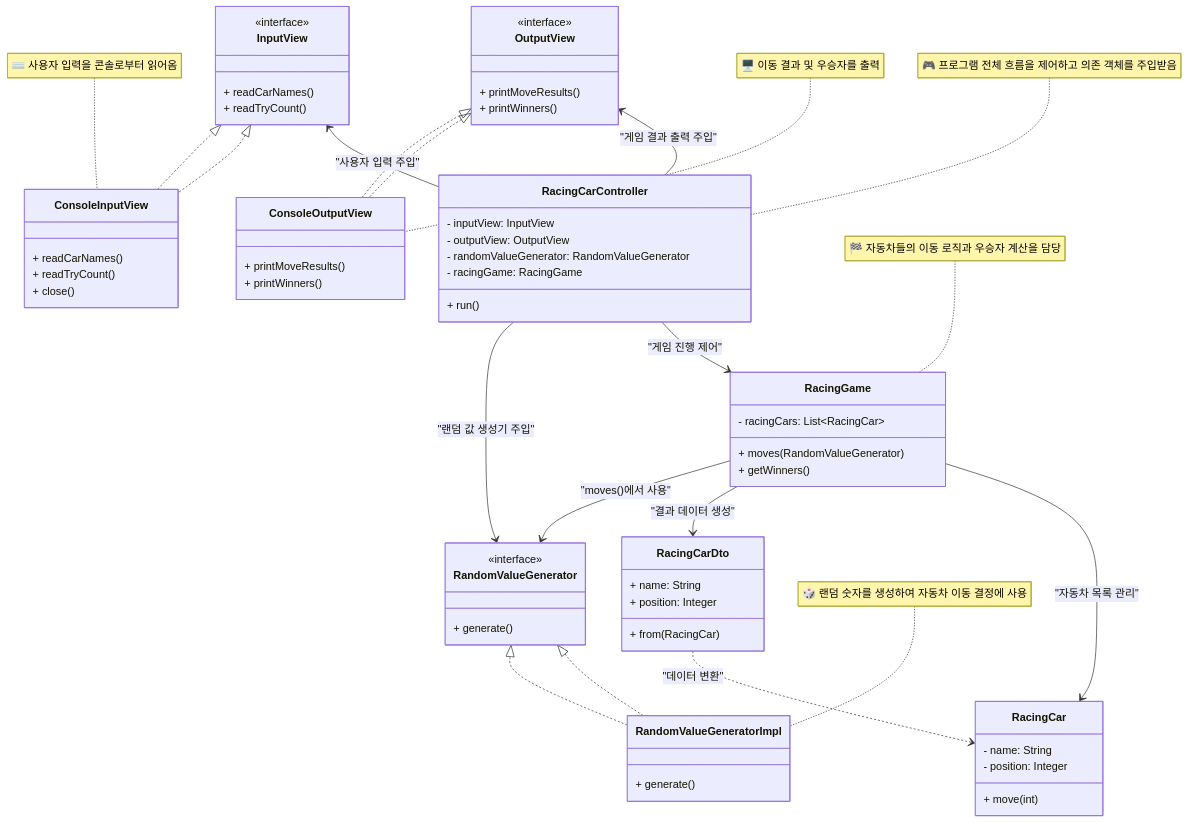
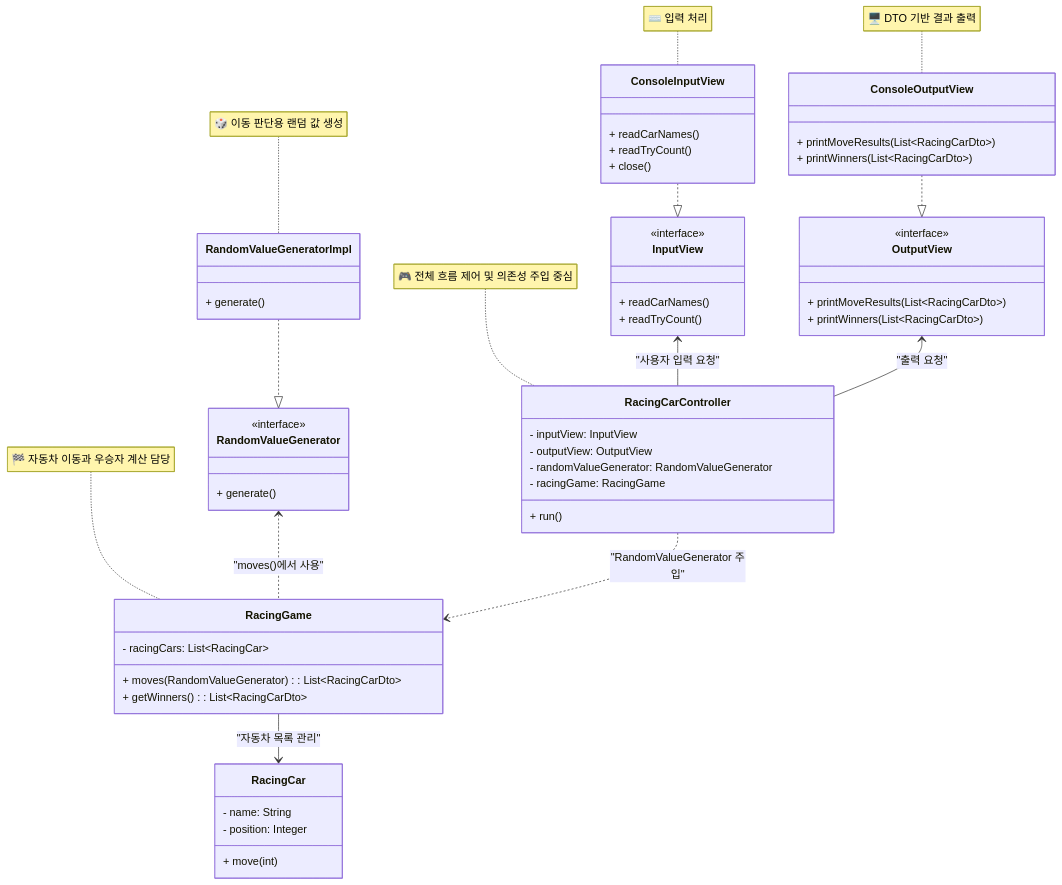
Before and after one commit to bee9827/java-racingcar-8: the diagram in README.md, drawn with Mermaid. The commit also changed other lines of this file, not shown here.

````diff
--- a/README.md
+++ b/README.md
@@ -25,8 +26,8 @@
 
     class OutputView {
         <<interface>>
-        + printMoveResults()
-        + printWinners()
+        + printMoveResults(List~RacingCarDto~)
+        + printWinners(List~RacingCarDto~)
     }
 
     class ConsoleInputView {
@@ -36,14 +37,14 @@
     }
 
     class ConsoleOutputView {
-        + printMoveResults()
-        + printWinners()
+        + printMoveResults(List~RacingCarDto~)
+        + printWinners(List~RacingCarDto~)
     }
 
     %% --- Domain Layer ---
     class RacingGame {
-        + moves(RandomValueGenerator)
-        + getWinners()
+        + moves(RandomValueGenerator): List~RacingCarDto~
+        + getWinners(): List~RacingCarDto~
         - racingCars: List~RacingCar~
     }
 
@@ -51,13 +52,6 @@
         + move(int)
         - name: String
         - position: Integer
-    }
-
-    %% --- Data Transfer ---
-    class RacingCarDto {
-        + name: String
-        + position: Integer
-        + from(RacingCar)
     }
 
     %% --- Utility Layer ---
@@ -71,32 +65,26 @@
     }
 
     %% --- Relationships (with Role Labels) ---
-    %% Controller Layer
+    %% Input/Output Connections
+    ConsoleInputView ..|> InputView
+    ConsoleOutputView ..|> OutputView
+
+    InputView <-- RacingCarController : "사용자 입력 요청"
+    OutputView <-- RacingCarController : "출력 요청"
+
+    %% Utility & Domain
+    RandomValueGenerator <.. RacingGame : "moves()에서 사용"
+    RacingCarController ..> RacingGame : "RandomValueGenerator 주입"
+    RandomValueGeneratorImpl ..|> RandomValueGenerator
     
-    InputView <-- RacingCarController : "사용자 입력 주입"
-    ConsoleInputView ..|> InputView
-    OutputView <-- RacingCarController : "게임 결과 출력 주입"
-    ConsoleOutputView ..|> OutputView
-    RandomValueGenerator <-- RacingCarController : "랜덤 값 생성기 주입"
-    RandomValueGeneratorImpl ..|> RandomValueGenerator
-    RacingCarController --> RacingGame : "게임 진행 제어"
-    
-    InputView <|.. ConsoleInputView
-    OutputView <|.. ConsoleOutputView
-    RandomValueGenerator <|.. RandomValueGeneratorImpl
 
-    %% Domain Layer
+    %% Domain 내부 구조
     RacingGame --> RacingCar : "자동차 목록 관리"
-    RacingGame --> RacingCarDto : "결과 데이터 생성"
-    RacingGame --> RandomValueGenerator : "moves()에서 사용"
-
-    RacingCarDto ..> RacingCar : "데이터 변환"
 
     %% --- Notes ---
-    note for RacingCarController "🎮 프로그램 전체 흐름을 제어하고 의존 객체를 주입받음"
-    note for RacingGame "🏁 자동차들의 이동 로직과 우승자 계산을 담당"
-    note for ConsoleInputView "⌨️ 사용자 입력을 콘솔로부터 읽어옴"
-    note for ConsoleOutputView "🖥️ 이동 결과 및 우승자를 출력"
-    note for RandomValueGeneratorImpl "🎲 랜덤 숫자를 생성하여 자동차 이동 결정에 사용"
-
+    note for RacingCarController "🎮 전체 흐름 제어 및 의존성 주입 중심"
+    note for RacingGame "🏁 자동차 이동과 우승자 계산 담당"
+    note for ConsoleInputView "⌨️ 입력 처리"
+    note for ConsoleOutputView "🖥️ DTO 기반 결과 출력"
+    note for RandomValueGeneratorImpl "🎲 이동 판단용 랜덤 값 생성"
 ``` 
````
